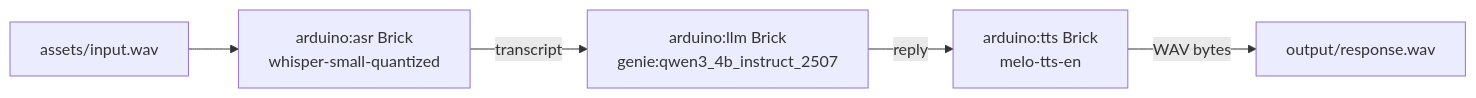
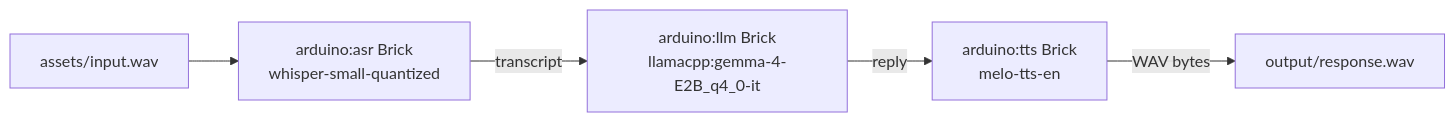
The diagram in GenAI/IoT-Robotics/WAV_ASR_LLM_TTS_Pipeline/README.md (qualcomm/Startup-Demos), drawn with Mermaid before and after one commit. The commit also changed other lines of this file and 6 other files, not shown here.

First line of the commit message:
fix(wav-asr-llm-tts-pipeline): swap LLM model from Qwen3-4B to Gemma 4 E2B

````diff
--- a/GenAI/IoT-Robotics/WAV_ASR_LLM_TTS_Pipeline/README.md
+++ b/GenAI/IoT-Robotics/WAV_ASR_LLM_TTS_Pipeline/README.md
@@ -48,7 +48,7 @@
 ```mermaid
 flowchart LR
     A["assets/input.wav"] --> B["arduino:asr Brick<br/>whisper-small-quantized"]
-    B -->|transcript| C["arduino:llm Brick<br/>genie:qwen3_4b_instruct_2507"]
+    B -->|transcript| C["arduino:llm Brick<br/>llamacpp:gemma-4-E2B_q4_0-it"]
     C -->|reply| D["arduino:tts Brick<br/>melo-tts-en"]
     D -->|WAV bytes| E["output/response.wav"]
 ```
````
